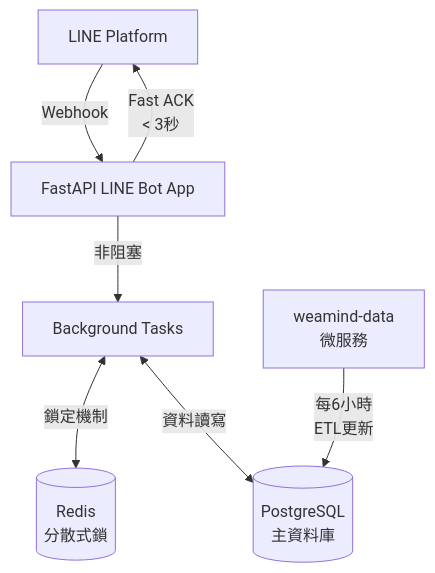
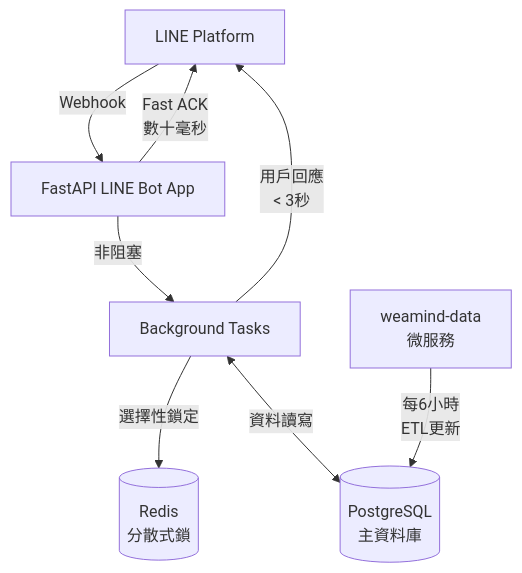
Before and after one commit to kyomind/WeaMind: the diagram in README.md, drawn with Mermaid. The commit also changed other lines of this file, not shown here.

Commit message:
Update Fast ACK description and locking mechanism

````diff
--- a/README.md
+++ b/README.md
@@ -49,16 +49,17 @@
 ```mermaid
 graph TB
     LINE[LINE Platform]
     WEB[FastAPI LINE Bot App]
     BG[Background Tasks]
     REDIS[(Redis<br/>分散式鎖)]
     DB[(PostgreSQL<br/>主資料庫)]
     DATA[weamind-data<br/>微服務]
 
     LINE -->|Webhook| WEB
-    WEB -->|Fast ACK<br/>< 3秒| LINE
+    WEB -->|Fast ACK<br/>數十毫秒| LINE
     WEB -->|非阻塞| BG
-    BG <-->|鎖定機制| REDIS
+    BG -->|選擇性鎖定| REDIS
     BG <-->|資料讀寫| DB
+    BG -->|用戶回應<br/>< 3秒| LINE
     DATA -->|每6小時<br/>ETL更新| DB
 ```
````
